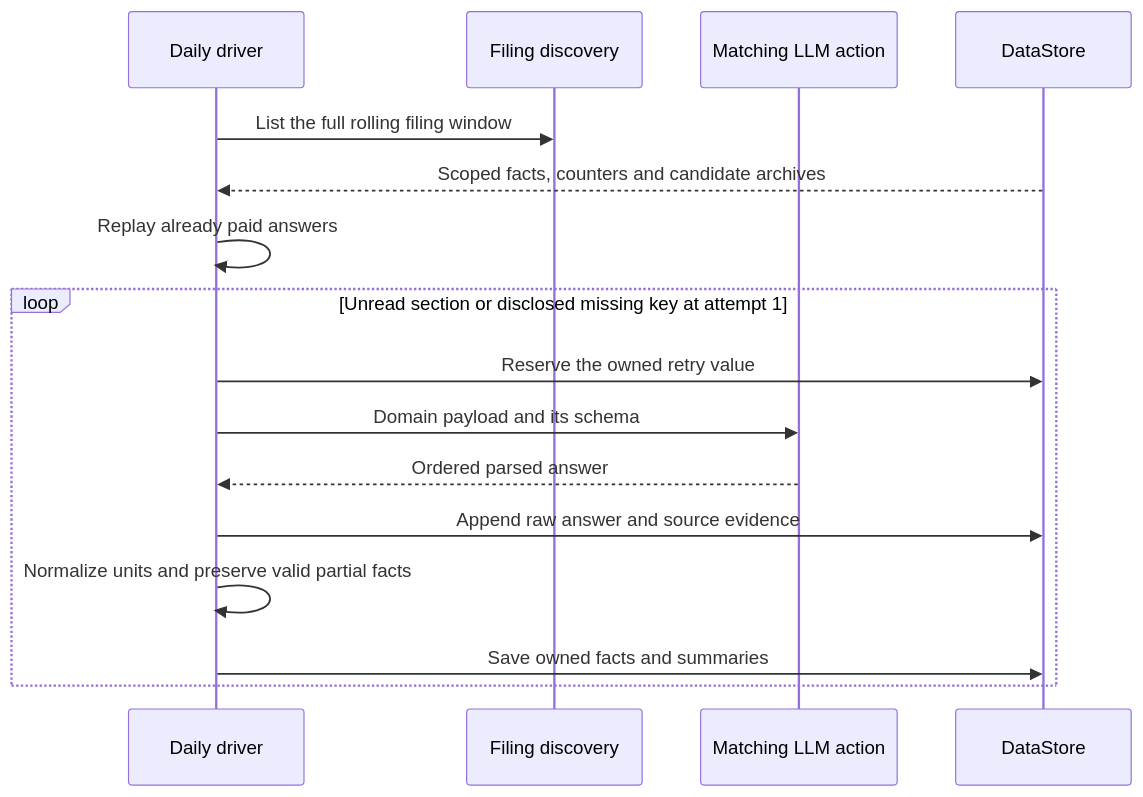
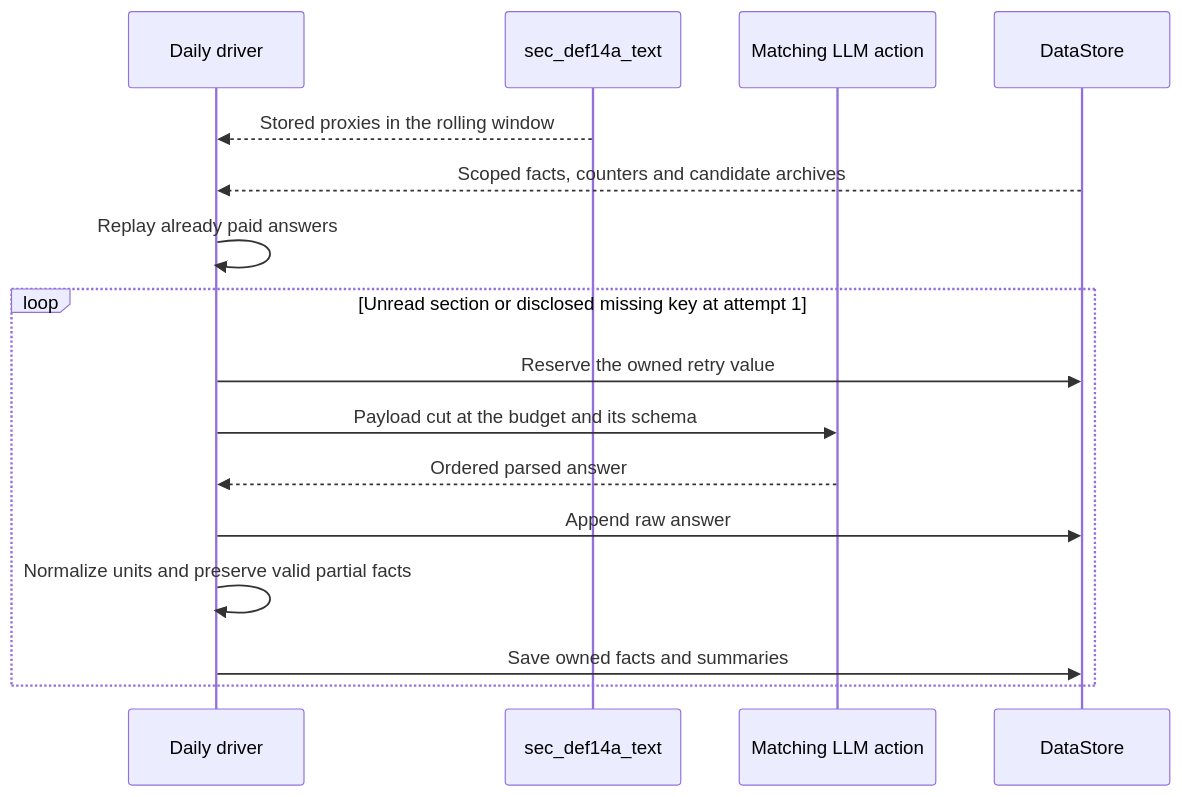
Before and after one commit to alexandredelarrard/PEA: the diagram in wiki/flows/sec-llm-extraction.md, drawn with Mermaid. The commit also changed other lines of this file and 14 other files, not shown here.

```diff
--- a/wiki/flows/sec-llm-extraction.md
+++ b/wiki/flows/sec-llm-extraction.md
@@ -33,18 +33,18 @@
 ~~~mermaid
 sequenceDiagram
   participant Daily as Daily driver
-  participant SEC as Filing discovery
+  participant Text as sec_def14a_text
   participant LLM as Matching LLM action
   participant Store as DataStore
-  Daily->>SEC: List the full rolling filing window
+  Text-->>Daily: Stored proxies in the rolling window
   Store-->>Daily: Scoped facts, counters and candidate archives
   Daily->>Daily: Replay already paid answers
   loop Unread section or disclosed missing key at attempt 1
     Daily->>Store: Reserve the owned retry value
-    Daily->>LLM: Domain payload and its schema
+    Daily->>LLM: Payload cut at the budget and its schema
     LLM-->>Daily: Ordered parsed answer
-    Daily->>Store: Append raw answer and source evidence
+    Daily->>Store: Append raw answer
     Daily->>Daily: Normalize units and preserve valid partial facts
     Daily->>Store: Save owned facts and summaries
   end
 ~~~
```
